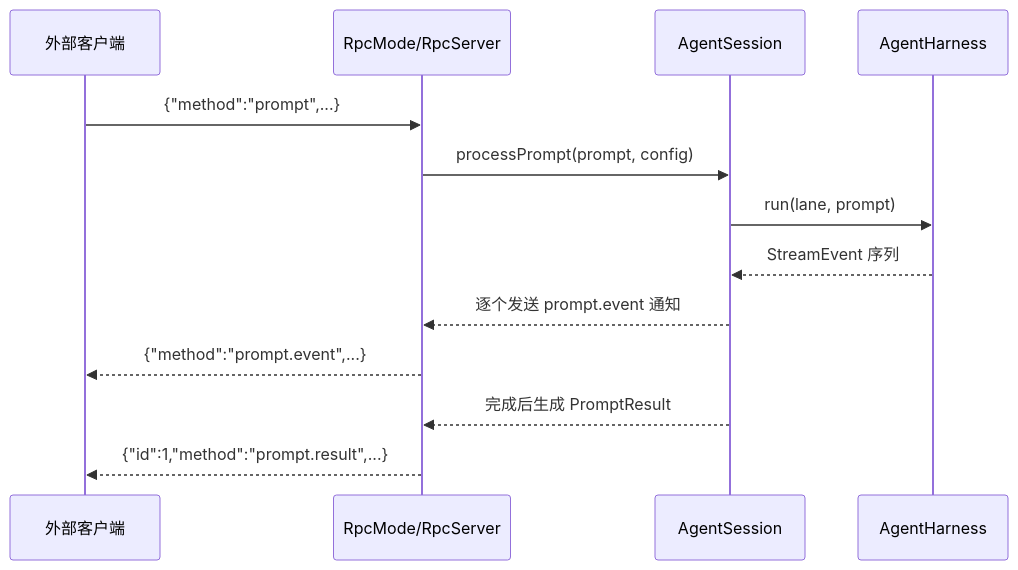
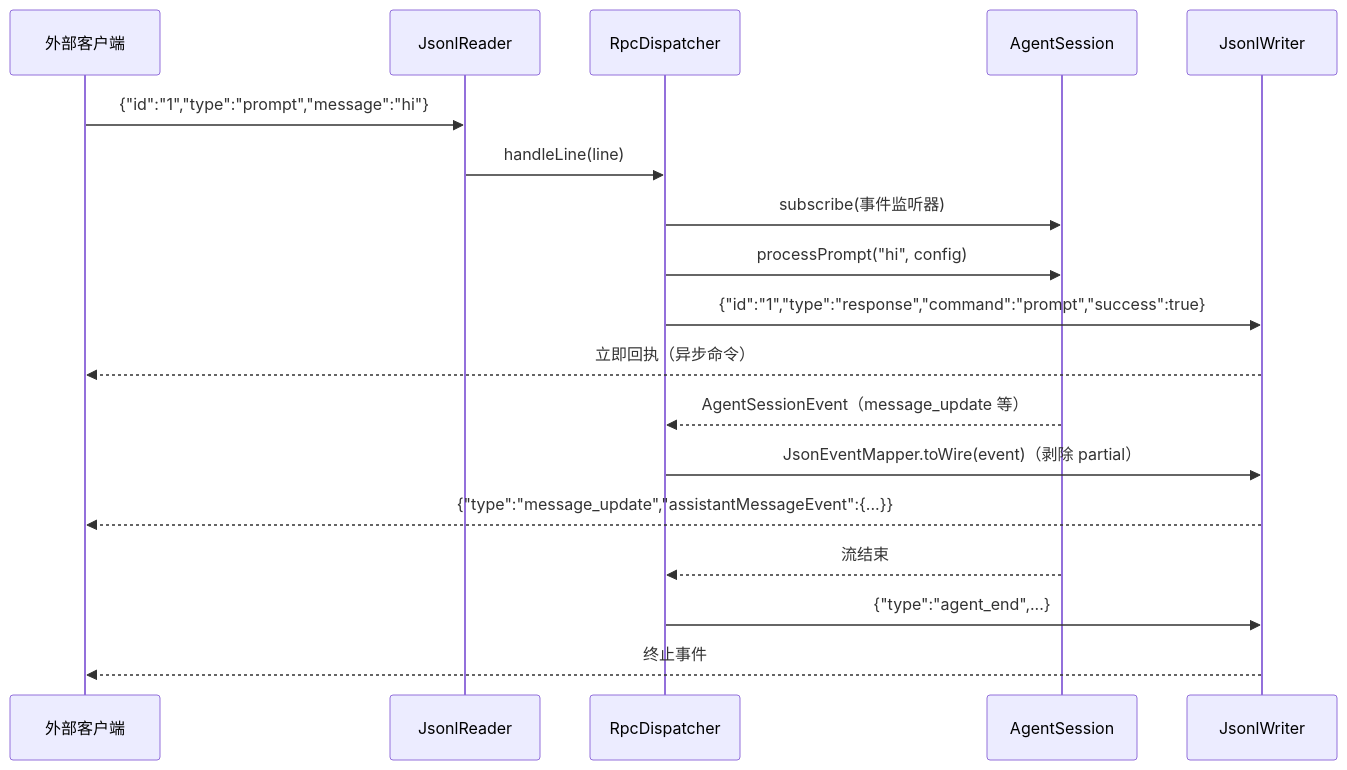
The fifth of 11 diagrams in docs/11-phase6-ecosystem-design.md (liangxingguang/pi-java), drawn with Mermaid before and after one commit. The commit also changed other lines of this file and 1 other file, not shown here.

````diff
--- a/docs/11-phase6-ecosystem-design.md
+++ b/docs/11-phase6-ecosystem-design.md
@@ -492,16 +986,21 @@
 ```mermaid
 sequenceDiagram
     participant Client as 外部客户端
-    participant Rpc as RpcMode/RpcServer
+    participant R as JsonlReader
+    participant D as RpcDispatcher
     participant AS as AgentSession
-    participant H as AgentHarness
+    participant W as JsonlWriter
 
-    Client->>Rpc: {"method":"prompt",...}
-    Rpc->>AS: processPrompt(prompt, config)
-    AS->>H: run(lane, prompt)
-    H-->>AS: StreamEvent 序列
-    AS-->>Rpc: 逐个发送 prompt.event 通知
-    Rpc-->>Client: {"method":"prompt.event",...}
-    AS-->>Rpc: 完成后生成 PromptResult
-    Rpc-->>Client: {"id":1,"method":"prompt.result",...}
+    Client->>R: {"id":"1","type":"prompt","message":"hi"}
+    R->>D: handleLine(line)
+    D->>AS: subscribe(事件监听器)
+    D->>AS: processPrompt("hi", config)
+    D->>W: {"id":"1","type":"response","command":"prompt","success":true}
+    W-->>Client: 立即回执（异步命令）
+    AS-->>D: AgentSessionEvent（message_update 等）
+    D->>W: JsonEventMapper.toWire(event)（剥除 partial）
+    W-->>Client: {"type":"message_update","assistantMessageEvent":{...}}
+    AS-->>D: 流结束
+    D->>W: {"type":"agent_end",...}
+    W-->>Client: 终止事件
 ```
````
